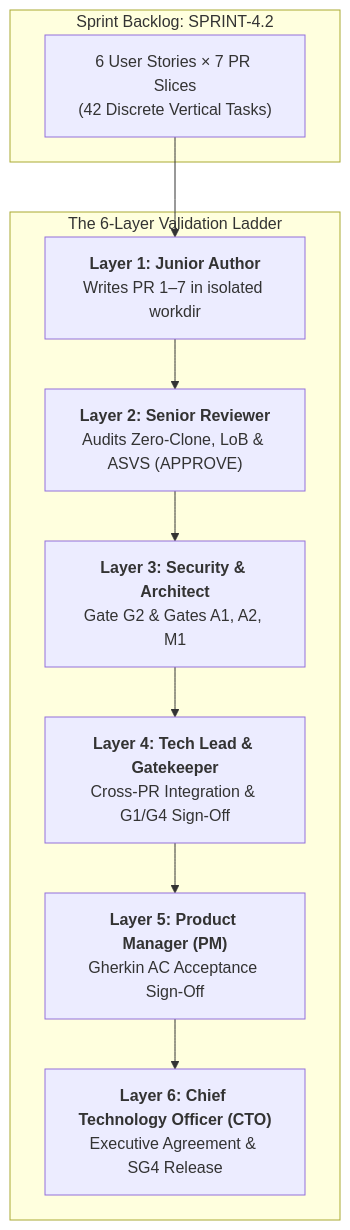
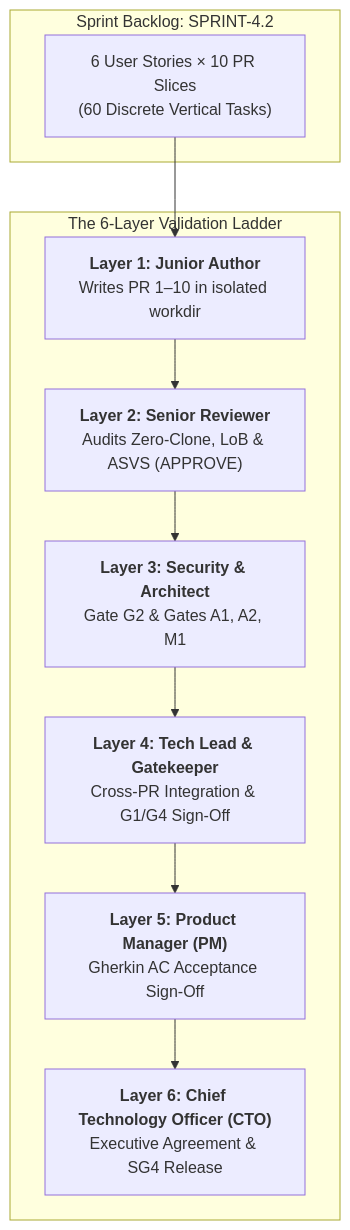
The diagram in docs/sprints/sprint-4.2.md (maheraladdin/some-commerce), drawn with Mermaid before and after one commit. The commit also changed other lines of this file and 11 other files, not shown here.

Commit message:
docs(sprints): expand multi-agent implementation plans from 7 to 10 PRs aligned with 10-pillar architecture

````diff
--- a/docs/sprints/sprint-4.2.md
+++ b/docs/sprints/sprint-4.2.md
@@ -62,17 +62,17 @@
 ```mermaid
 flowchart TD
     subgraph "Sprint Backlog: SPRINT-4.2"
-        STORIES["6 User Stories × 7 PR Slices<br/>(42 Discrete Vertical Tasks)"]
+        STORIES["6 User Stories × 10 PR Slices<br/>(60 Discrete Vertical Tasks)"]
     end
 
     subgraph "The 6-Layer Validation Ladder"
-        L1["<b>Layer 1: Junior Author</b><br/>Writes PR 1–7 in isolated workdir"]
+        L1["<b>Layer 1: Junior Author</b><br/>Writes PR 1–10 in isolated workdir"]
         --> L2["<b>Layer 2: Senior Reviewer</b><br/>Audits Zero-Clone, LoB & ASVS (APPROVE)"]
         --> L3["<b>Layer 3: Security & Architect</b><br/>Gate G2 & Gates A1, A2, M1"]
         --> L4["<b>Layer 4: Tech Lead & Gatekeeper</b><br/>Cross-PR Integration & G1/G4 Sign-Off"]
         --> L5["<b>Layer 5: Product Manager (PM)</b><br/>Gherkin AC Acceptance Sign-Off"]
         --> L6["<b>Layer 6: Chief Technology Officer (CTO)</b><br/>Executive Agreement & SG4 Release"]
     end
 
     STORIES --> L1
 ```
````
